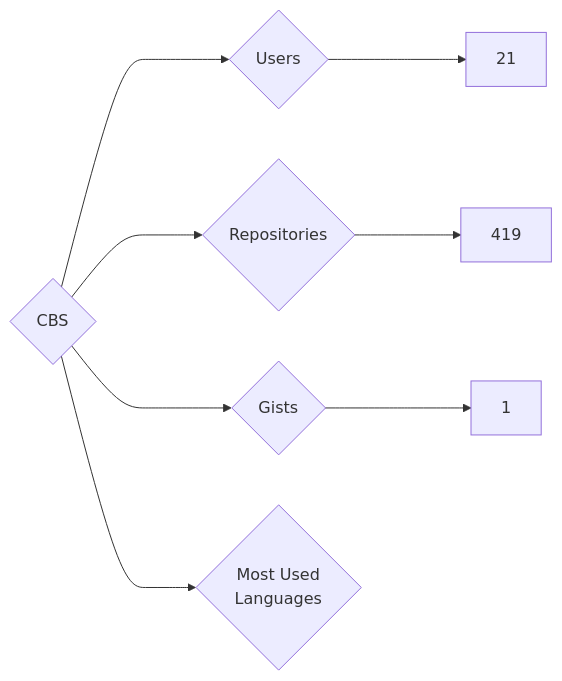
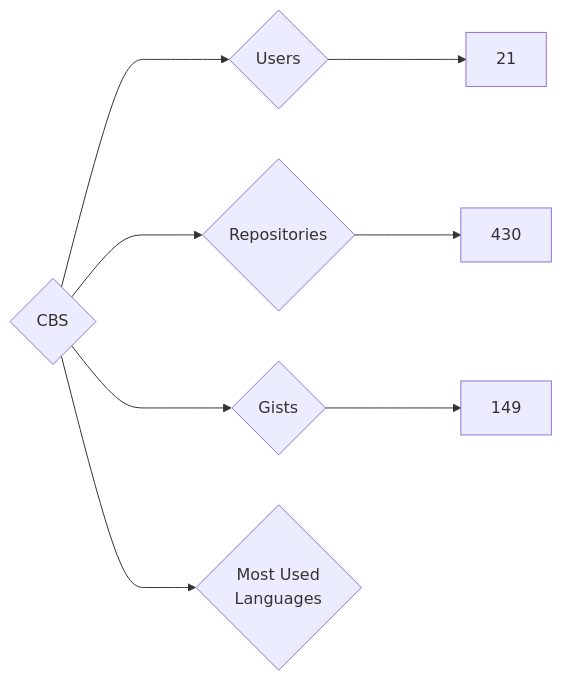
Before and after one commit to nenadzaric/insiders: the diagram in targets/CBS/README.md, drawn with Mermaid. The commit also changed 1342 other files, not shown here.

````diff
--- a/targets/CBS/README.md
+++ b/targets/CBS/README.md
@@ -3,8 +3,8 @@
 ```mermaid
 graph LR
 COMPANY_NAME{CBS}
 COMPANY_NAME ---> U{Users} ---> UN[21]
-COMPANY_NAME ---> R{Repositories} ---> RN[419]
-COMPANY_NAME ---> G{Gists} ---> GN[1]
+COMPANY_NAME ---> R{Repositories} ---> RN[430]
+COMPANY_NAME ---> G{Gists} ---> GN[149]
 COMPANY_NAME ---> ML{Most Used<br>Languages}
 ```
````
